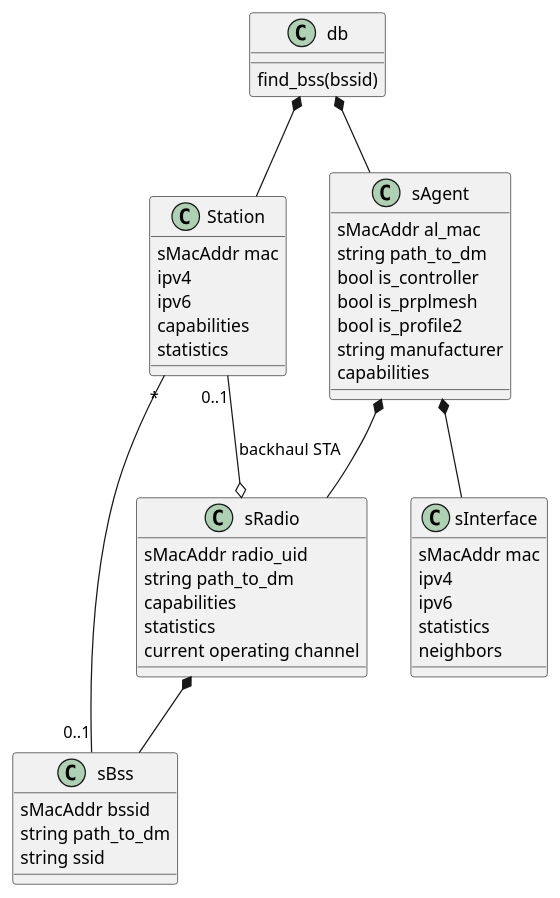
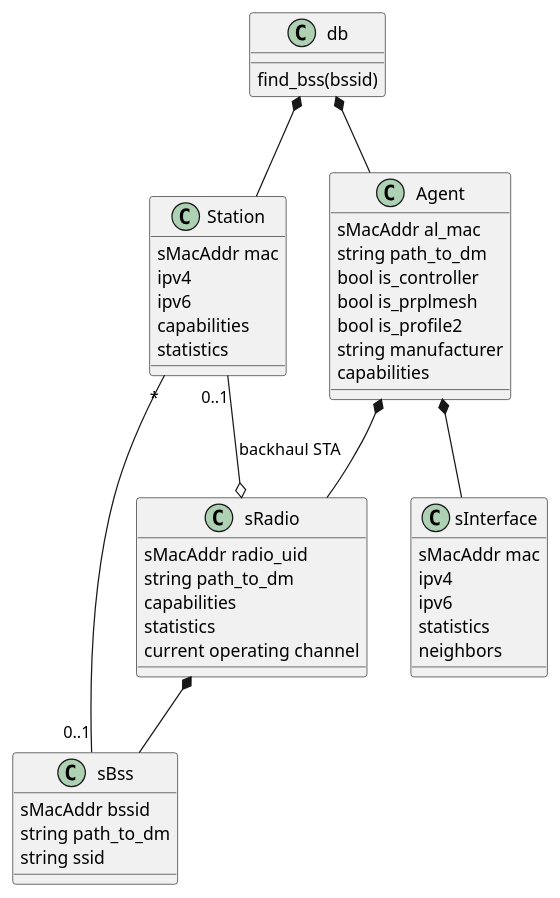
Before and after one commit to AnoojBiju/Openwrt-Prplmesh: the diagram in documentation/images/plantuml/controller/database.puml, drawn with PlantUML. The commit also changed 7 other files, not shown here.

```diff
--- a/documentation/images/plantuml/controller/database.puml
+++ b/documentation/images/plantuml/controller/database.puml
@@ -1,55 +1,55 @@
 @startuml
 
 class Station {
   sMacAddr mac
   ipv4
   ipv6
   capabilities
   statistics
 }
 
 class sBss {
   sMacAddr bssid
   string path_to_dm
   string ssid
 }
 
 class sRadio {
   sMacAddr radio_uid
   string path_to_dm
   capabilities
   statistics
   current operating channel
 }
 
 class sInterface {
   sMacAddr mac
   ipv4
   ipv6
   statistics
   neighbors
 }
 
-class sAgent {
+class Agent {
   sMacAddr al_mac
   string path_to_dm
   bool is_controller
   bool is_prplmesh
   bool is_profile2
   string manufacturer
   capabilities
 }
 
 class db {
   find_bss(bssid)
 }
 
-db *-- sAgent
+db *-- Agent
 db *-- Station
-sAgent *-- sRadio
-sAgent *-- sInterface
+Agent *-- sRadio
+Agent *-- sInterface
 sRadio *-- sBss
 Station "0..1" --o sRadio :  backhaul STA
 Station "*" -- "0..1" sBss
 
 @enduml
```
